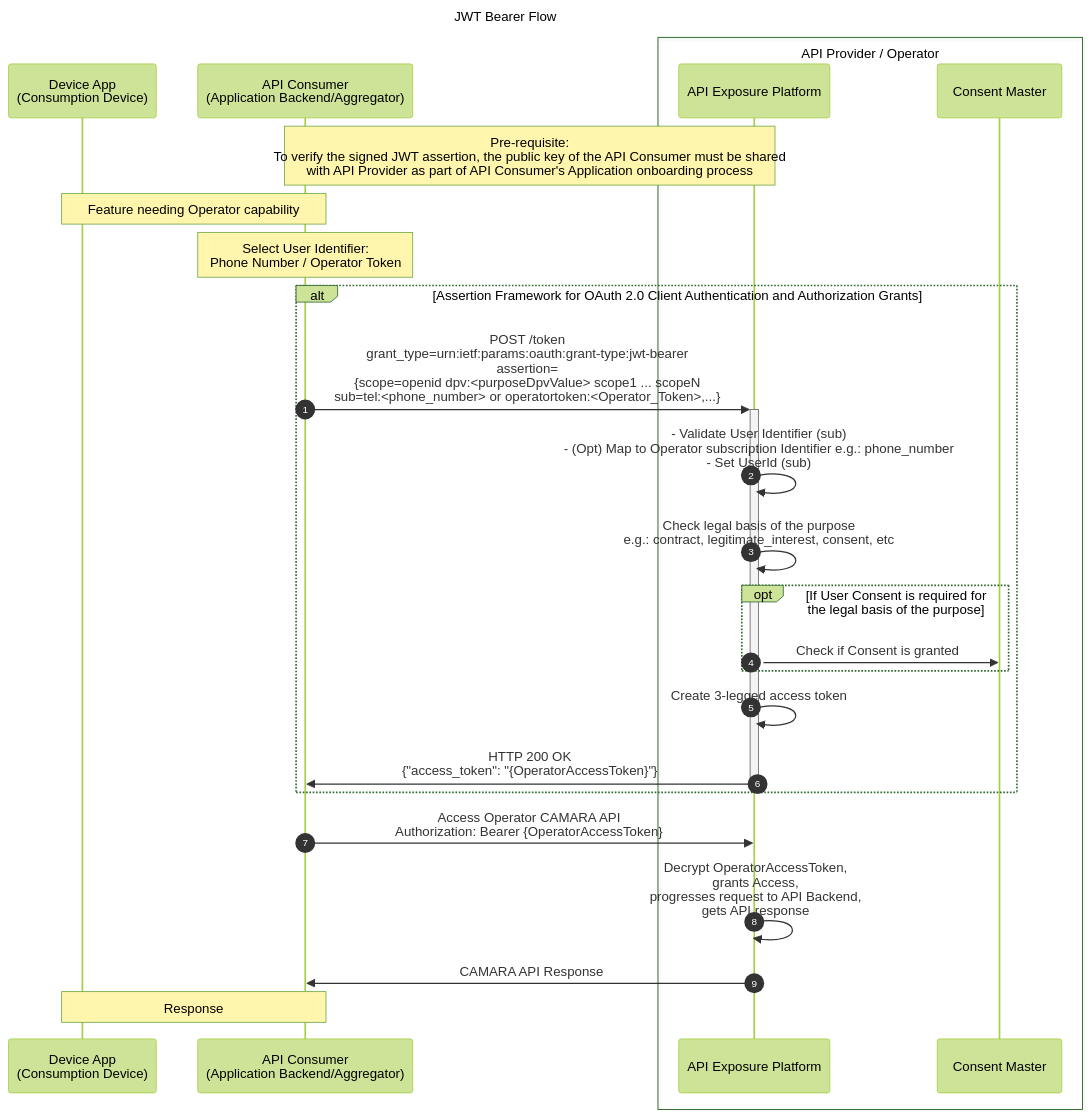
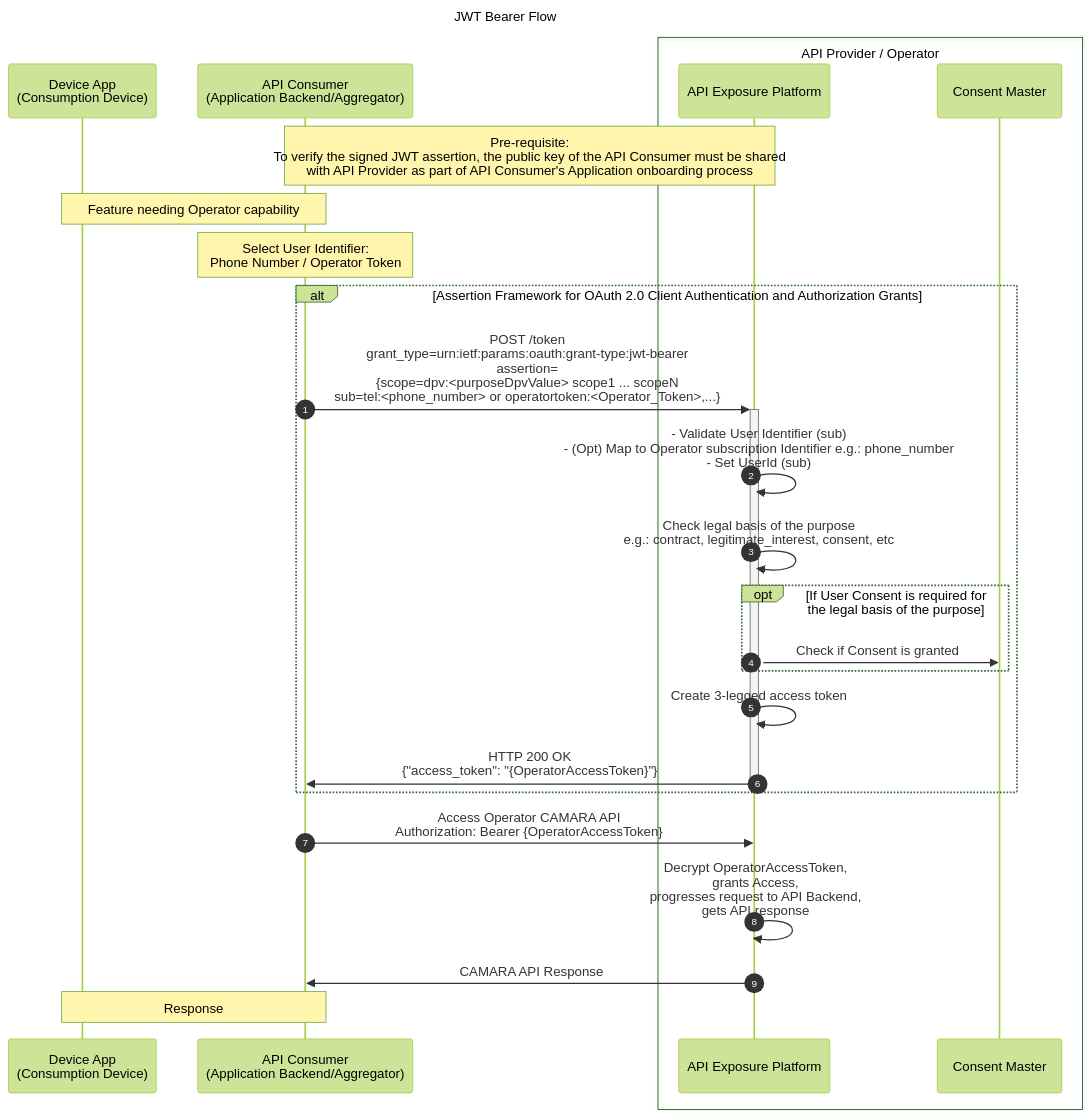
One commit to camaraproject/IdentityAndConsentManagement changed the fourth of 4 diagrams in documentation/CAMARA-API-access-and-user-consent.md. Above: the diagram before and after it, drawn with Mermaid (forest theme). The commit also changed other lines of this file, not shown here.

Commit message:
Removed "openid" in scope for jwt grant type flow in CAMARA-API-access-and-user-consent.md

````diff
--- a/documentation/CAMARA-API-access-and-user-consent.md
+++ b/documentation/CAMARA-API-access-and-user-consent.md
@@ -352,29 +352,29 @@
 ```mermaid
 sequenceDiagram
 autonumber
 title JWT Bearer Flow
 participant FE as Device App<br>(Consumption Device)
 participant BE as API Consumer<br>(Application Backend/Aggregator)
 box API Provider / Operator
   participant ExpO as API Exposure Platform  
   participant Consent as Consent Master
 end
 Note over BE,ExpO: Pre-requisite:<br> To verify the signed JWT assertion, the public key of the API Consumer must be shared<br> with API Provider as part of API Consumer's Application onboarding process
 Note over FE,BE: Feature needing Operator capability  
 Note over BE: Select User Identifier:<br> Phone Number / Operator Token
 
 alt Assertion Framework for OAuth 2.0 Client Authentication and Authorization Grants
-    BE->>+ExpO: POST /token<br>grant_type=urn:ietf:params:oauth:grant-type:jwt-bearer<br>assertion=<br>{scope=openid dpv:<purposeDpvValue> scope1 ... scopeN<br>sub=tel:<phone_number> or operatortoken:<Operator_Token>,...}
+    BE->>+ExpO: POST /token<br>grant_type=urn:ietf:params:oauth:grant-type:jwt-bearer<br>assertion=<br>{scope=dpv:<purposeDpvValue> scope1 ... scopeN<br>sub=tel:<phone_number> or operatortoken:<Operator_Token>,...}
     ExpO->>ExpO: - Validate User Identifier (sub)<br>- (Opt) Map to Operator subscription Identifier e.g.: phone_number<br>- Set UserId (sub)
     ExpO->>ExpO: Check legal basis of the purpose<br>e.g.: contract, legitimate_interest, consent, etc
     opt If User Consent is required for the legal basis of the purpose  
         ExpO->>Consent: Check if Consent is granted
     end
     ExpO->>ExpO: Create 3-legged access token
     ExpO->>-BE: HTTP 200 OK<br>{"access_token": "{OperatorAccessToken}"}
 end
 BE->>ExpO: Access Operator CAMARA API<br>Authorization: Bearer {OperatorAccessToken}    
 ExpO->>ExpO: Decrypt OperatorAccessToken,<br>grants Access,<br>progresses request to API Backend,<br>gets API response  
 ExpO->>BE: CAMARA API Response
 Note over BE,FE: Response
 ```
````
